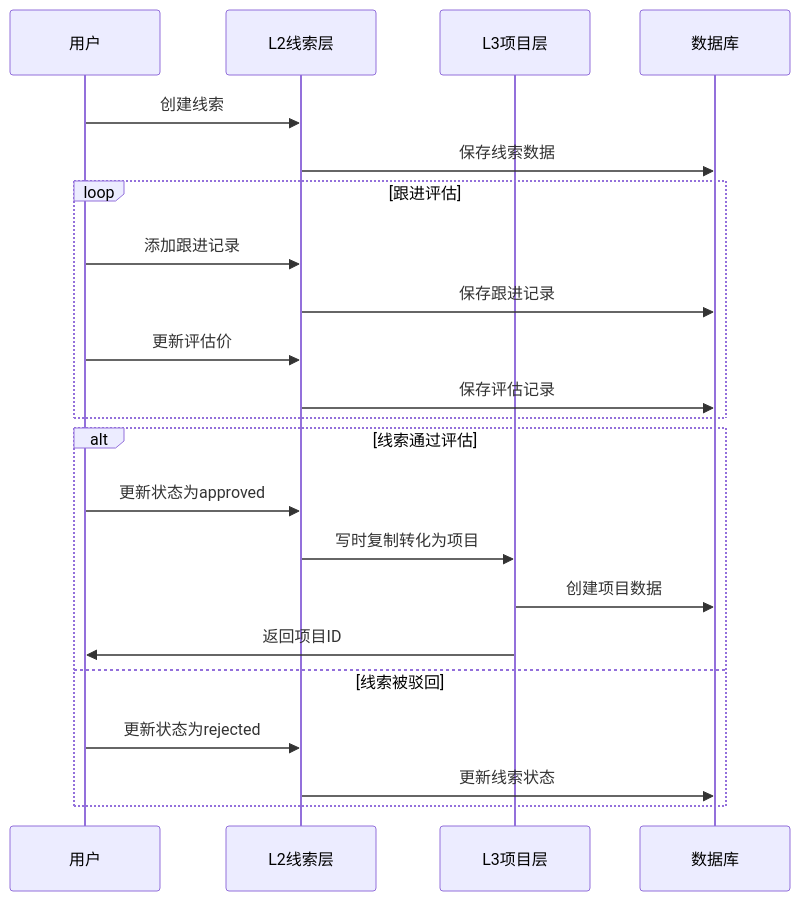
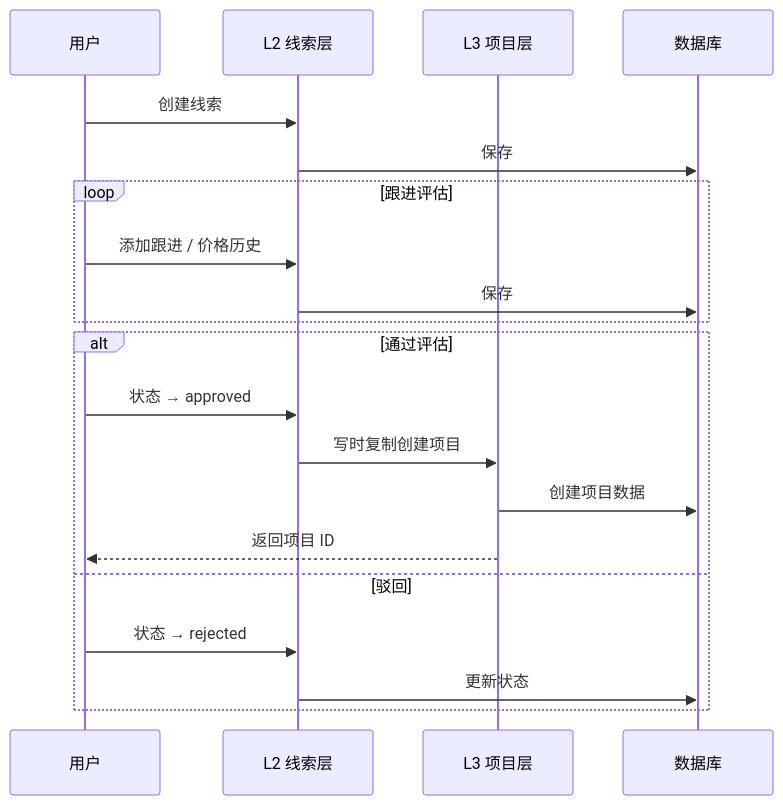
The sixth of 8 diagrams in README.md (kakaoxy/profo), drawn with Mermaid before and after one commit. The commit also changed other lines of this file, not shown here.

````diff
--- a/README.md
+++ b/README.md
@@ -1547,27 +600,23 @@
 ```mermaid
 sequenceDiagram
     participant U as 用户
-    participant L2 as L2线索层
-    participant L3 as L3项目层
+    participant L2 as L2 线索层
+    participant L3 as L3 项目层
     participant DB as 数据库
 
     U->>L2: 创建线索
-    L2->>DB: 保存线索数据
-    
+    L2->>DB: 保存
     loop 跟进评估
-        U->>L2: 添加跟进记录
-        L2->>DB: 保存跟进记录
-        U->>L2: 更新评估价
-        L2->>DB: 保存评估记录
+        U->>L2: 添加跟进 / 价格历史
+        L2->>DB: 保存
     end
-
-    alt 线索通过评估
-        U->>L2: 更新状态为approved
-        L2->>L3: 写时复制转化为项目
+    alt 通过评估
+        U->>L2: 状态 → approved
+        L2->>L3: 写时复制创建项目
         L3->>DB: 创建项目数据
-        L3->>U: 返回项目ID
-    else 线索被驳回
-        U->>L2: 更新状态为rejected
-        L2->>DB: 更新线索状态
+        L3-->>U: 返回项目 ID
+    else 驳回
+        U->>L2: 状态 → rejected
+        L2->>DB: 更新状态
     end
 ```
````
